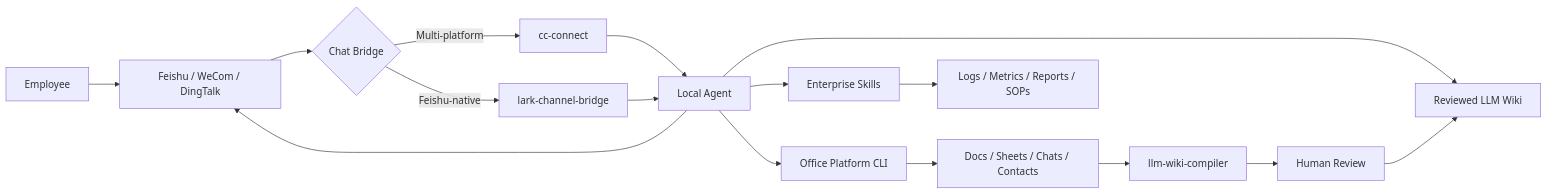
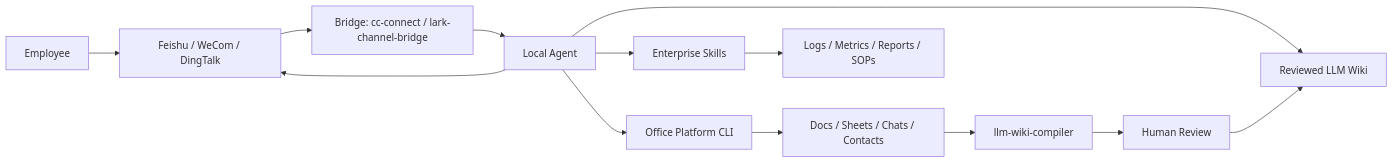
One commit to eddiearc/fde-kit changed the diagram in README.en.md. Above: the diagram before and after it, drawn with Mermaid. The commit also changed other lines of this file, not shown here.

Commit message:
Update English bridge options for Feishu FDE

````diff
--- a/README.en.md
+++ b/README.en.md
@@ -11,18 +11,15 @@
 ```mermaid
 flowchart LR
   User[Employee] --> Chat[Feishu / WeCom / DingTalk]
-  Chat --> Bridge{Chat Bridge}
-  Bridge -->|Multi-platform| cc[cc-connect]
-  Bridge -->|Feishu-native| lark[lark-channel-bridge]
-  cc --> Agent[Local Agent]
-  lark --> Agent
+  Chat --> Bridge[Bridge: cc-connect / lark-channel-bridge]
+  Bridge --> Agent[Local Agent]
   Agent --> Platform[Office Platform CLI]
   Agent --> Wiki[Reviewed LLM Wiki]
   Agent --> Skills[Enterprise Skills]
   Platform --> Data[Docs / Sheets / Chats / Contacts]
   Data --> Compiler[llm-wiki-compiler]
   Compiler --> Review[Human Review]
   Review --> Wiki
   Skills --> Workflow[Logs / Metrics / Reports / SOPs]
   Agent --> Chat
 ```
````
